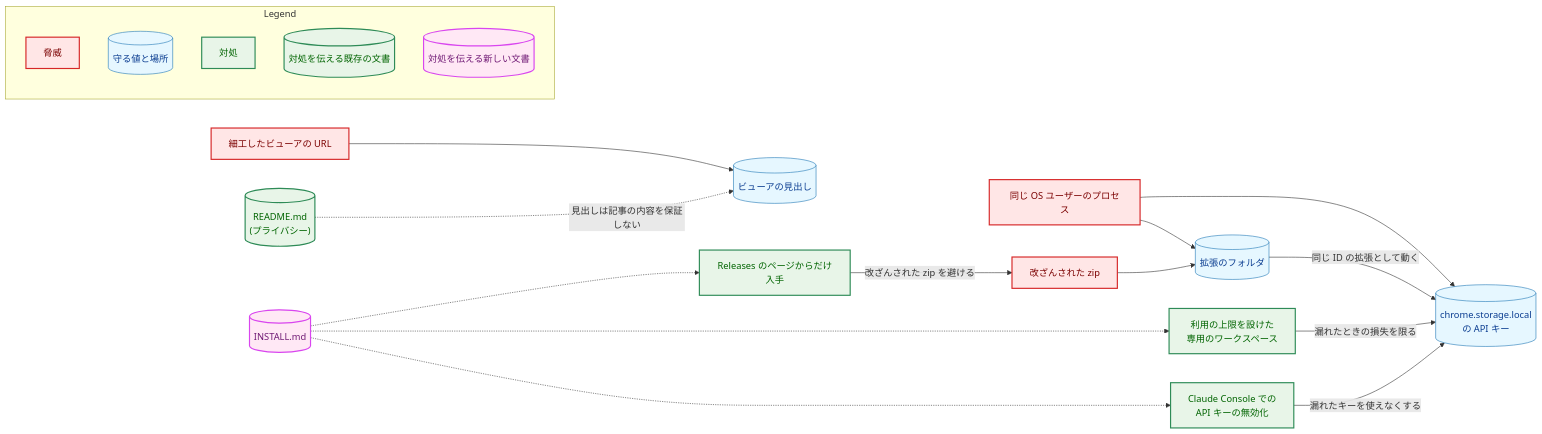
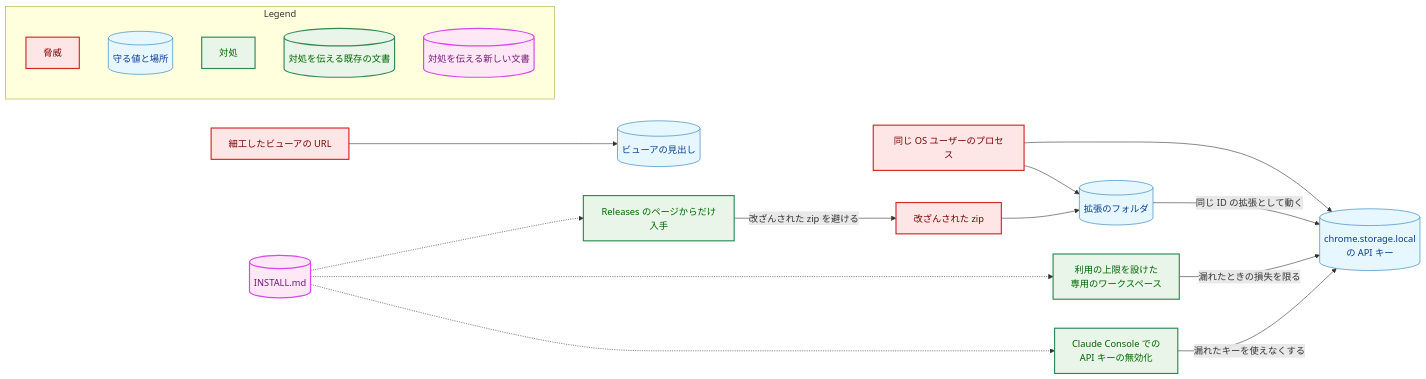
Before and after one commit to isseis/yt2column: the fourth of 5 diagrams in docs/tasks/0116_user_readme/02_architecture.md, drawn with Mermaid. The commit also changed other lines of this file and 8 other files, not shown here.

````diff
--- a/docs/tasks/0116_user_readme/02_architecture.md
+++ b/docs/tasks/0116_user_readme/02_architecture.md
@@ -564,50 +564,47 @@
 ```mermaid
 flowchart LR
     classDef data fill:#e6f7ff,stroke:#1f77b4,stroke-width:1px,color:#0b3d91;
     classDef problem fill:#ffe6e6,stroke:#d62728,stroke-width:2px,color:#7b0000;
     classDef enhanced fill:#e8f5e8,stroke:#2e8b57,stroke-width:2px,color:#006400;
     classDef newpkg fill:#ffe8f5,stroke:#d946ef,stroke-width:2px,color:#701a75;
 
     T1["同じ OS ユーザーのプロセス"]
     T2["改ざんされた zip"]
     T3["細工したビューアの URL"]
     KEY[("chrome.storage.local<br>の API キー")]
     DIR[("拡張のフォルダ")]
     VIEW[("ビューアの見出し")]
     LIM["利用の上限を設けた<br>専用のワークスペース"]
     REV["Claude Console での<br>API キーの無効化"]
     SRC["Releases のページからだけ入手"]
-    PRIV[("README.md<br>(プライバシー)")]
     INST[("INSTALL.md")]
 
     T1 --> KEY
     T1 --> DIR
     T2 --> DIR
     DIR -->|"同じ ID の拡張として動く"| KEY
     T3 --> VIEW
     INST -.-> LIM
     INST -.-> REV
     INST -.-> SRC
-    PRIV -.->|"見出しは記事の内容を保証しない"| VIEW
     LIM -->|"漏れたときの損失を限る"| KEY
     REV -->|"漏れたキーを使えなくする"| KEY
     SRC -->|"改ざんされた zip を避ける"| T2
 
     class T1,T2,T3 problem
     class KEY,DIR,VIEW data
     class LIM,REV,SRC enhanced
-    class PRIV enhanced
     class INST newpkg
 
     subgraph Legend["Legend"]
         L1["脅威"]
         L2[("守る値と場所")]
         L3["対処"]
         L4[("対処を伝える既存の文書")]
         L5[("対処を伝える新しい文書")]
     end
     class L1 problem
     class L2 data
     class L3,L4 enhanced
     class L5 newpkg
 ```
````
